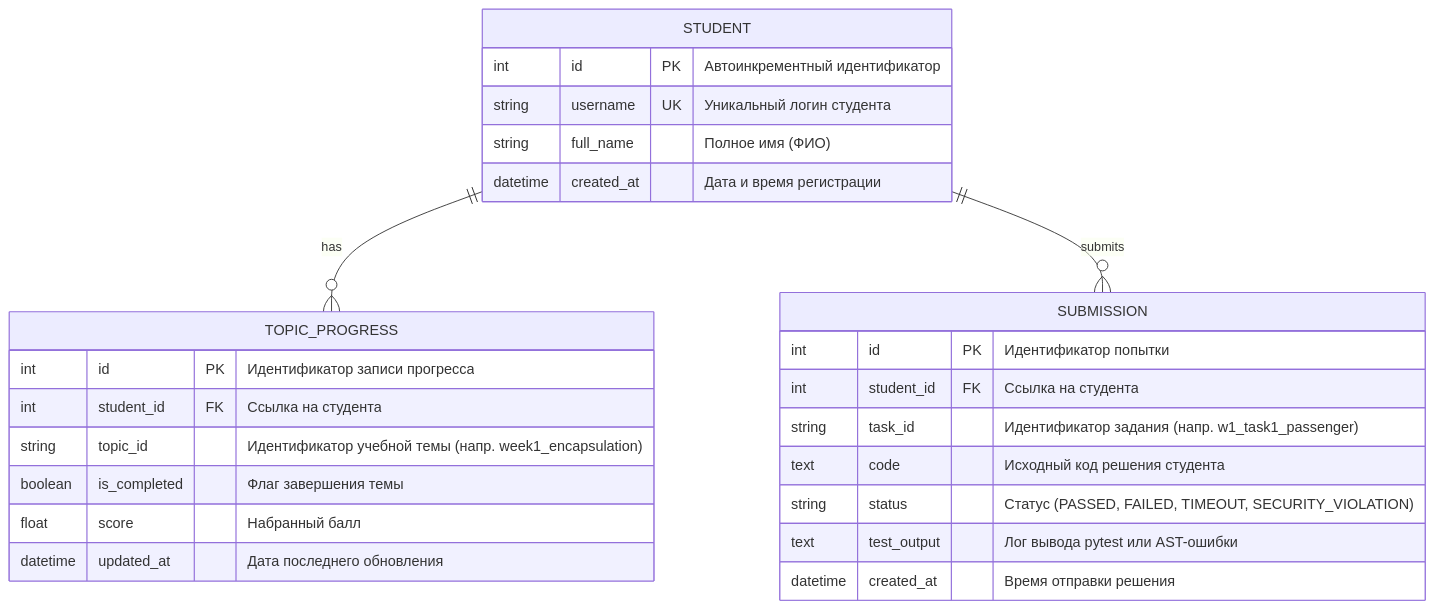
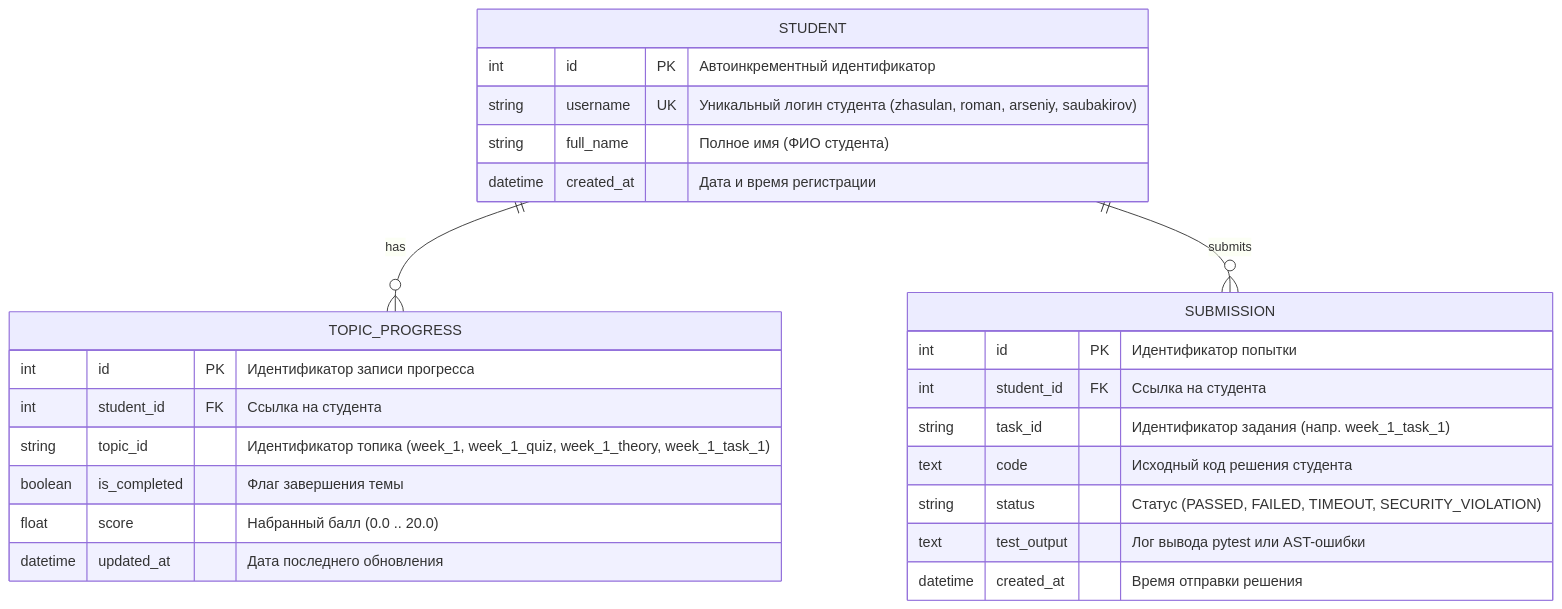
The third of 3 diagrams in docs/domain_model_uml.md (Kazahtelecom/Jasulan-Course), drawn with Mermaid before and after one commit. The commit also changed other lines of this file and 2 other files, not shown here.

Commit message:
docs: update architecture and UML diagrams for modular weeks and AST sandbox

````diff
--- a/docs/domain_model_uml.md
+++ b/docs/domain_model_uml.md
@@ -55,31 +127,31 @@
 ```mermaid
 erDiagram
     STUDENT ||--o{ TOPIC_PROGRESS : "has"
     STUDENT ||--o{ SUBMISSION : "submits"
 
     STUDENT {
         int id PK "Автоинкрементный идентификатор"
-        string username UK "Уникальный логин студента"
-        string full_name "Полное имя (ФИО)"
+        string username UK "Уникальный логин студента (zhasulan, roman, arseniy, saubakirov)"
+        string full_name "Полное имя (ФИО студента)"
         datetime created_at "Дата и время регистрации"
     }
 
     TOPIC_PROGRESS {
         int id PK "Идентификатор записи прогресса"
         int student_id FK "Ссылка на студента"
-        string topic_id "Идентификатор учебной темы (напр. week1_encapsulation)"
+        string topic_id "Идентификатор топика (week_1, week_1_quiz, week_1_theory, week_1_task_1)"
         boolean is_completed "Флаг завершения темы"
-        float score "Набранный балл"
+        float score "Набранный балл (0.0 .. 20.0)"
         datetime updated_at "Дата последнего обновления"
     }
 
     SUBMISSION {
         int id PK "Идентификатор попытки"
         int student_id FK "Ссылка на студента"
-        string task_id "Идентификатор задания (напр. w1_task1_passenger)"
+        string task_id "Идентификатор задания (напр. week_1_task_1)"
         text code "Исходный код решения студента"
         string status "Статус (PASSED, FAILED, TIMEOUT, SECURITY_VIOLATION)"
         text test_output "Лог вывода pytest или AST-ошибки"
         datetime created_at "Время отправки решения"
     }
 ```
````
